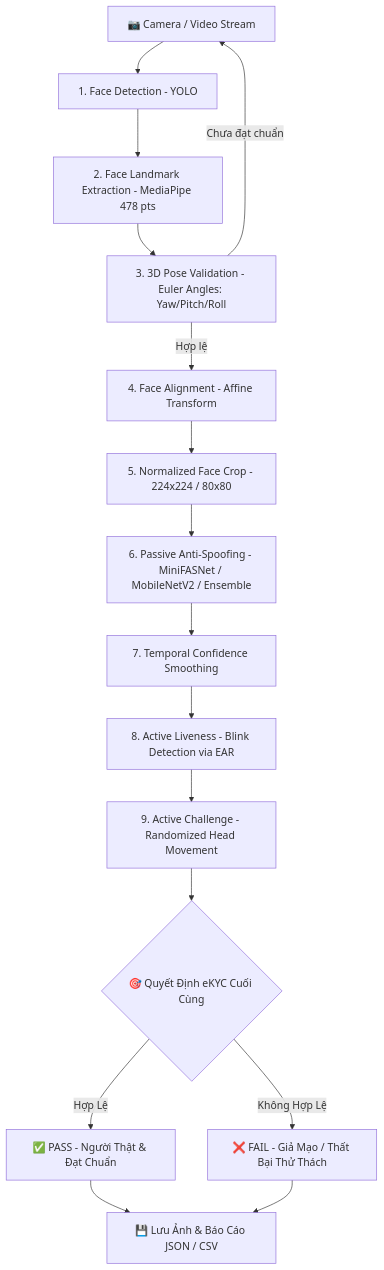
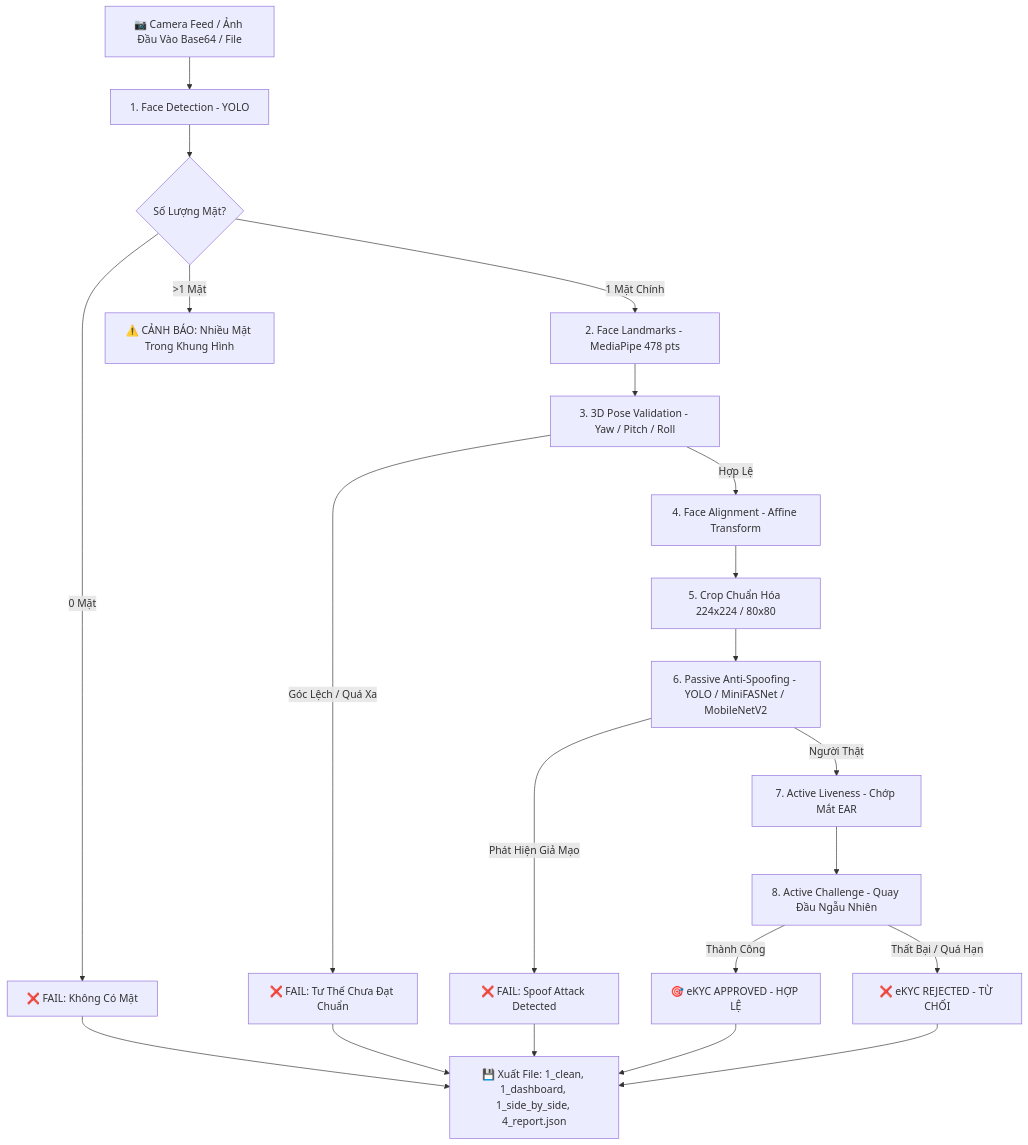
Before and after one commit to GiantKy/Face_project: the diagram in README.md, drawn with Mermaid. The commit also changed other lines of this file and 2 other files, not shown here.

Commit message:
docs: rewrite README with full architecture, dual-window, server_module, and CI/CD guides

````diff
--- a/README.md
+++ b/README.md
@@ -46,18 +72,23 @@
 ```mermaid
 flowchart TD
-    A[📷 Camera / Video Stream] --> B[1. Face Detection - YOLO]
-    B --> C[2. Face Landmark Extraction - MediaPipe 478 pts]
-    C --> D[3. 3D Pose Validation - Euler Angles: Yaw/Pitch/Roll]
-    D -->|Chưa đạt chuẩn| A
-    D -->|Hợp lệ| E[4. Face Alignment - Affine Transform]
-    E --> F[5. Normalized Face Crop - 224x224 / 80x80]
-    F --> G[6. Passive Anti-Spoofing - MiniFASNet / MobileNetV2 / Ensemble]
-    G --> H[7. Temporal Confidence Smoothing]
-    H --> I[8. Active Liveness - Blink Detection via EAR]
-    I --> J[9. Active Challenge - Randomized Head Movement]
-    J --> K{🎯 Quyết Định eKYC Cuối Cùng}
-    K -->|Hợp Lệ| L[✅ PASS - Người Thật & Đạt Chuẩn]
-    K -->|Không Hợp Lệ| M[❌ FAIL - Giả Mạo / Thất Bại Thử Thách]
-    L --> N[💾 Lưu Ảnh & Báo Cáo JSON / CSV]
-    M --> N
+    A[📷 Camera Feed / Ảnh Đầu Vào Base64 / File] --> B[1. Face Detection - YOLO]
+    B --> C{Số Lượng Mặt?}
+    C -->|0 Mặt| X1[❌ FAIL: Không Có Mặt]
+    C -->|>1 Mặt| X2[⚠️ CẢNH BÁO: Nhiều Mặt Trong Khung Hình]
+    C -->|1 Mặt Chính| D[2. Face Landmarks - MediaPipe 478 pts]
+    D --> E[3. 3D Pose Validation - Yaw / Pitch / Roll]
+    E -->|Góc Lệch / Quá Xa| X3[❌ FAIL: Tư Thế Chưa Đạt Chuẩn]
+    E -->|Hợp Lệ| F[4. Face Alignment - Affine Transform]
+    F --> G[5. Crop Chuẩn Hóa 224x224 / 80x80]
+    G --> H[6. Passive Anti-Spoofing - YOLO / MiniFASNet / MobileNetV2]
+    H -->|Phát Hiện Giả Mạo| X4[❌ FAIL: Spoof Attack Detected]
+    H -->|Người Thật| I[7. Active Liveness - Chớp Mắt EAR]
+    I --> J[8. Active Challenge - Quay Đầu Ngẫu Nhiên]
+    J -->|Thành Công| K[🎯 eKYC APPROVED - HỢP LỆ]
+    J -->|Thất Bại / Quá Hạn| X5[❌ eKYC REJECTED - TỪ CHỐI]
+    K --> L[💾 Xuất File: 1_clean, 1_dashboard, 1_side_by_side, 4_report.json]
+    X1 --> L
+    X3 --> L
+    X4 --> L
+    X5 --> L
 ```
````
